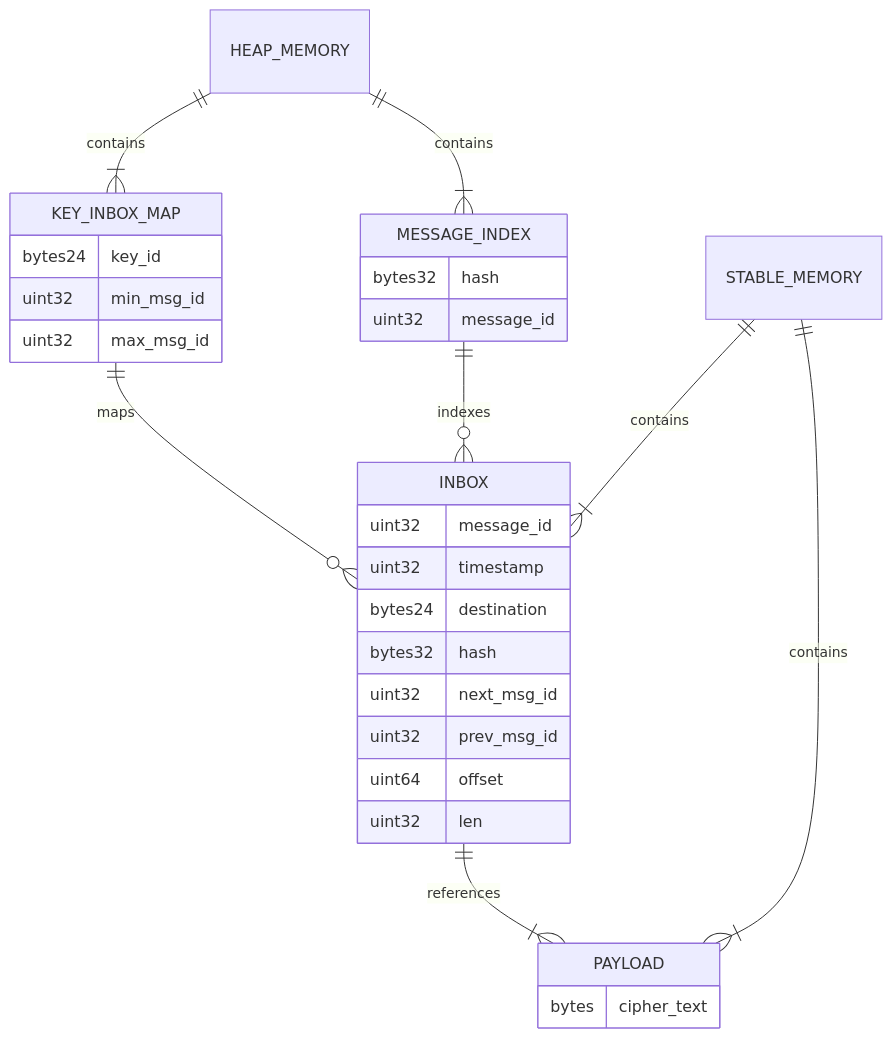
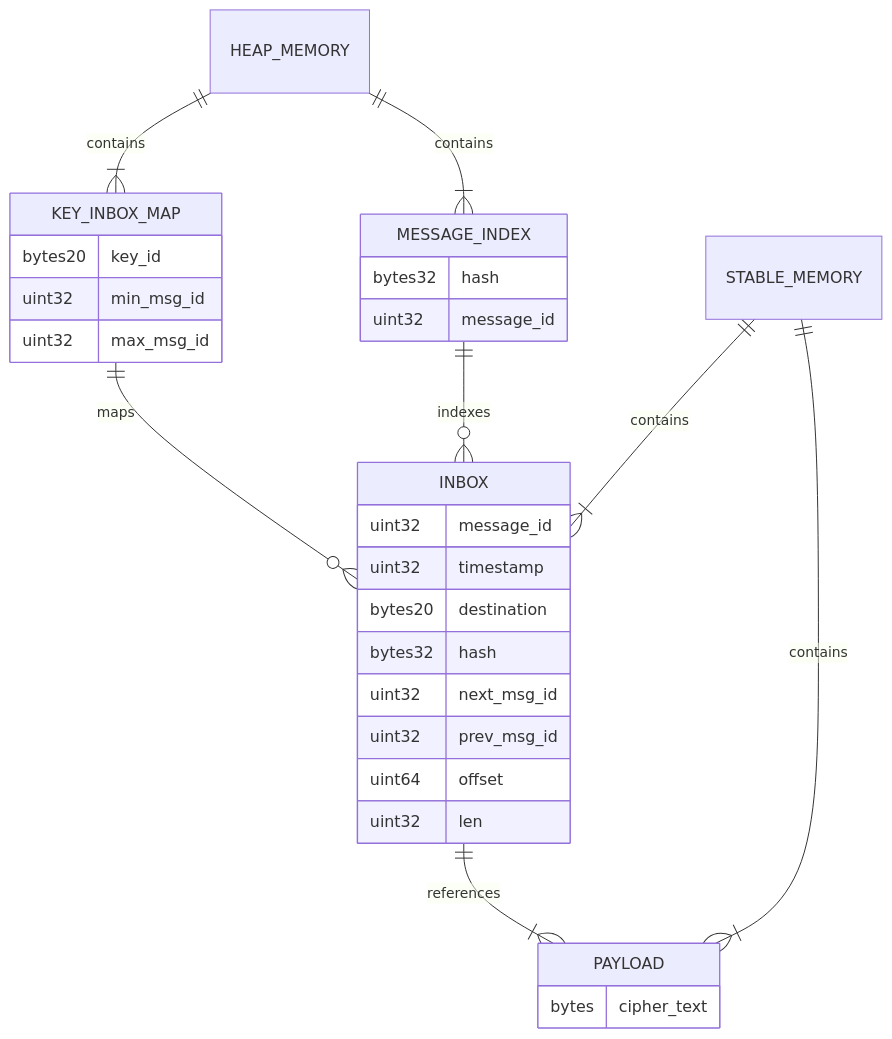
Before and after one commit to diodechain/zone_availability_canister: the second of 2 diagrams in ARCHITECTURE_MS1_amend.md, drawn with Mermaid. The commit also changed other lines of this file and 5 other files, not shown here.

````diff
--- a/ARCHITECTURE_MS1_amend.md
+++ b/ARCHITECTURE_MS1_amend.md
@@ -69,41 +69,41 @@
 ```mermaid
 erDiagram
     %% HEAP Maps
     KEY_INBOX_MAP ||--o{ INBOX : maps
     KEY_INBOX_MAP {
-        bytes24 key_id
+        bytes20 key_id
         uint32 min_msg_id
         uint32 max_msg_id
     }
     MESSAGE_INDEX ||--o{ INBOX : indexes
     MESSAGE_INDEX {
         bytes32 hash
         uint32 message_id
     }
 
     %% REGION Data
     INBOX ||--|{ PAYLOAD : references
     INBOX {
         uint32 message_id
         uint32 timestamp
-        bytes24 destination
+        bytes20 destination
         bytes32 hash
         uint32 next_msg_id
         uint32 prev_msg_id
         uint64 offset
         uint32 len
     }
     PAYLOAD {
         bytes cipher_text
     }
 
     %% Markers
     HEAP_MARKER[HEAP_MEMORY]
     REGION_MARKER[STABLE_MEMORY]
 
     %% Relationships to markers
     HEAP_MARKER ||--|{ KEY_INBOX_MAP : contains
     HEAP_MARKER ||--|{ MESSAGE_INDEX : contains
     REGION_MARKER ||--|{ INBOX : contains
     REGION_MARKER ||--|{ PAYLOAD : contains
 ```
````
